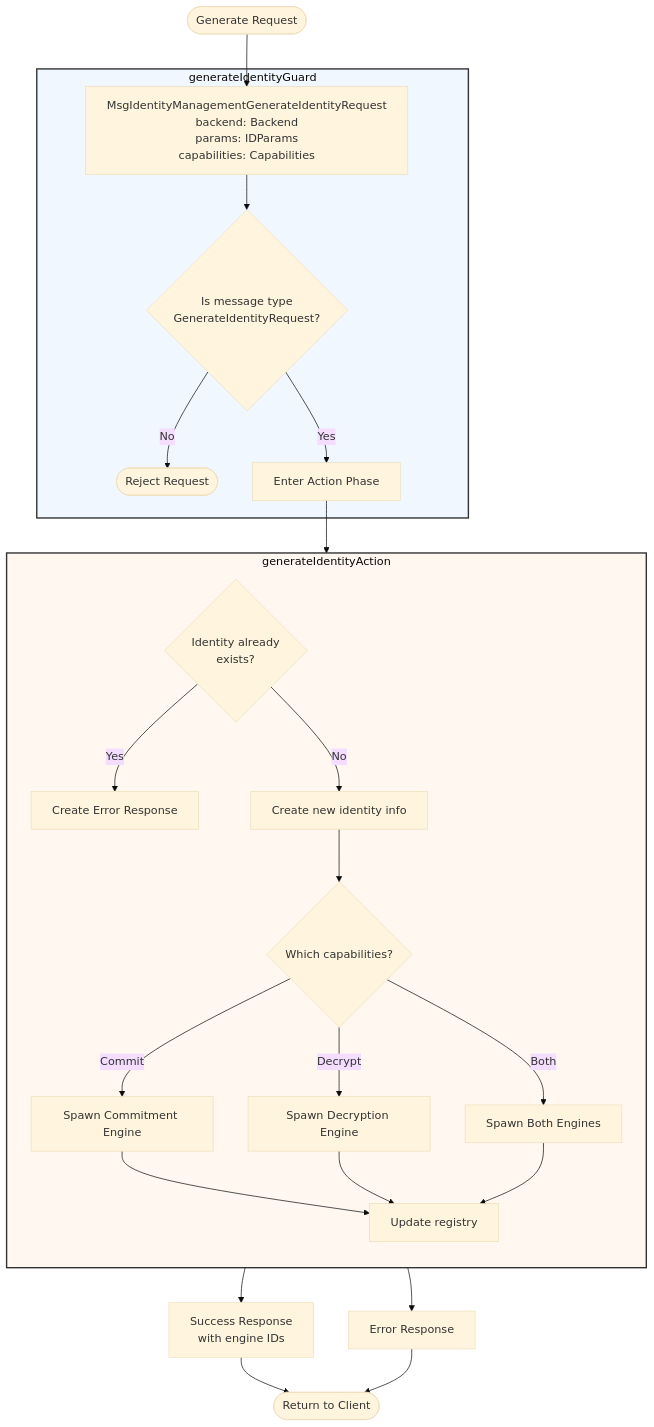
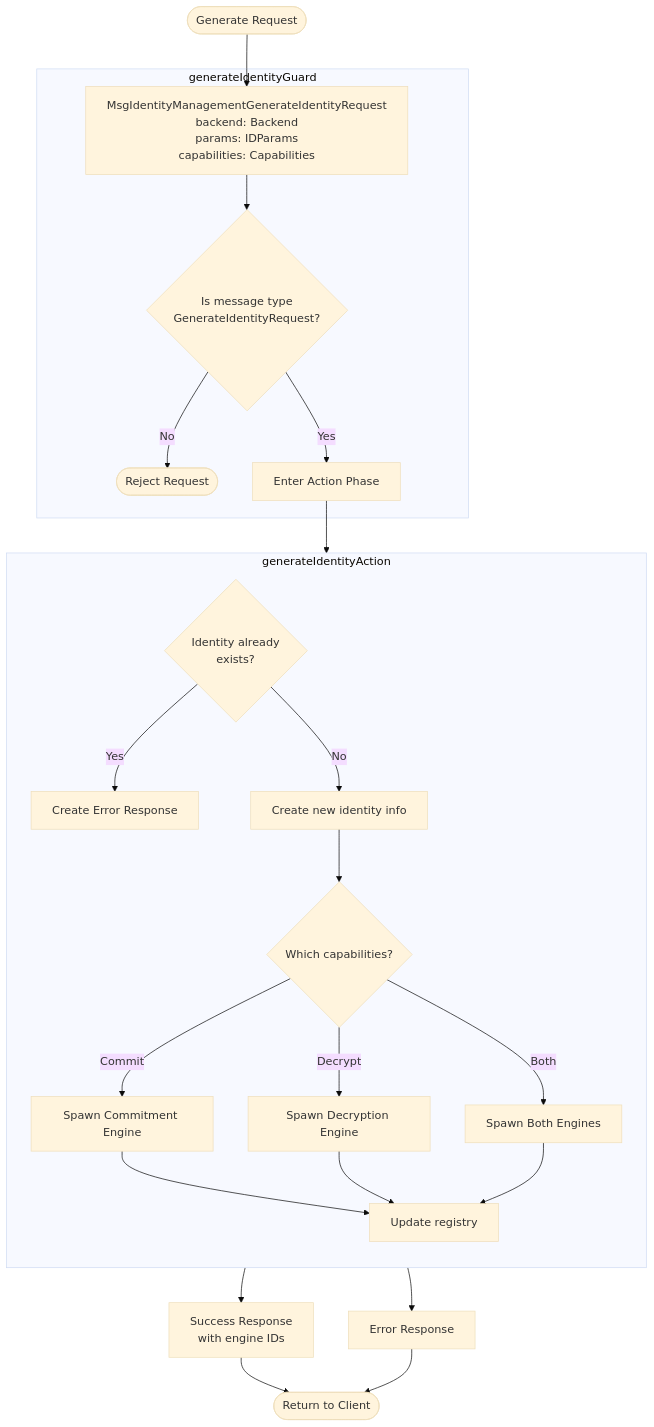
Before and after one commit to anoma/nspec: the first of 3 diagrams in docs/arch/node/engines/identity_management_behaviour.juvix.md, drawn with Mermaid (base theme). The commit also changed other lines of this file and 1 other file, not shown here.

Commit message:
Refactor identity management documentation: improve readability a bit

````diff
--- a/docs/arch/node/engines/identity_management_behaviour.juvix.md
+++ b/docs/arch/node/engines/identity_management_behaviour.juvix.md
@@ -50,31 +50,28 @@
 ```mermaid
 flowchart TD
     Start([Generate Request]) --> MsgReq[MsgIdentityManagementGenerateIdentityRequest<br/>backend: Backend<br/>params: IDParams<br/>capabilities: Capabilities]
 
     subgraph Guard["generateIdentityGuard"]
         MsgReq --> ValidType{Is message type<br/>GenerateIdentityRequest?}
         ValidType -->|No| Reject([Reject Request])
         ValidType -->|Yes| ActionEntry[Enter Action Phase]
     end
 
     ActionEntry --> Action
 
     subgraph Action["generateIdentityAction"]
         direction TB
         Check{Identity already<br/>exists?}
         Check -->|Yes| ErrExists[Create Error Response]
         Check -->|No| Create[Create new identity info]
         Create --> SpawnEngines{Which capabilities?}
         SpawnEngines -->|Commit| SpawnCommit[Spawn Commitment Engine]
         SpawnEngines -->|Decrypt| SpawnDecrypt[Spawn Decryption Engine]
         SpawnEngines -->|Both| SpawnBoth[Spawn Both Engines]
         SpawnCommit & SpawnDecrypt & SpawnBoth --> UpdateState[Update registry]
     end
 
     UpdateState --> Response[Success Response<br/>with engine IDs]
     ErrExists --> ErrResponse[Error Response]
     Response & ErrResponse --> Client([Return to Client])
-
-    style Guard fill:#f0f7ff,stroke:#333,stroke-width:2px
-    style Action fill:#fff7f0,stroke:#333,stroke-width:2px
 ```
````
